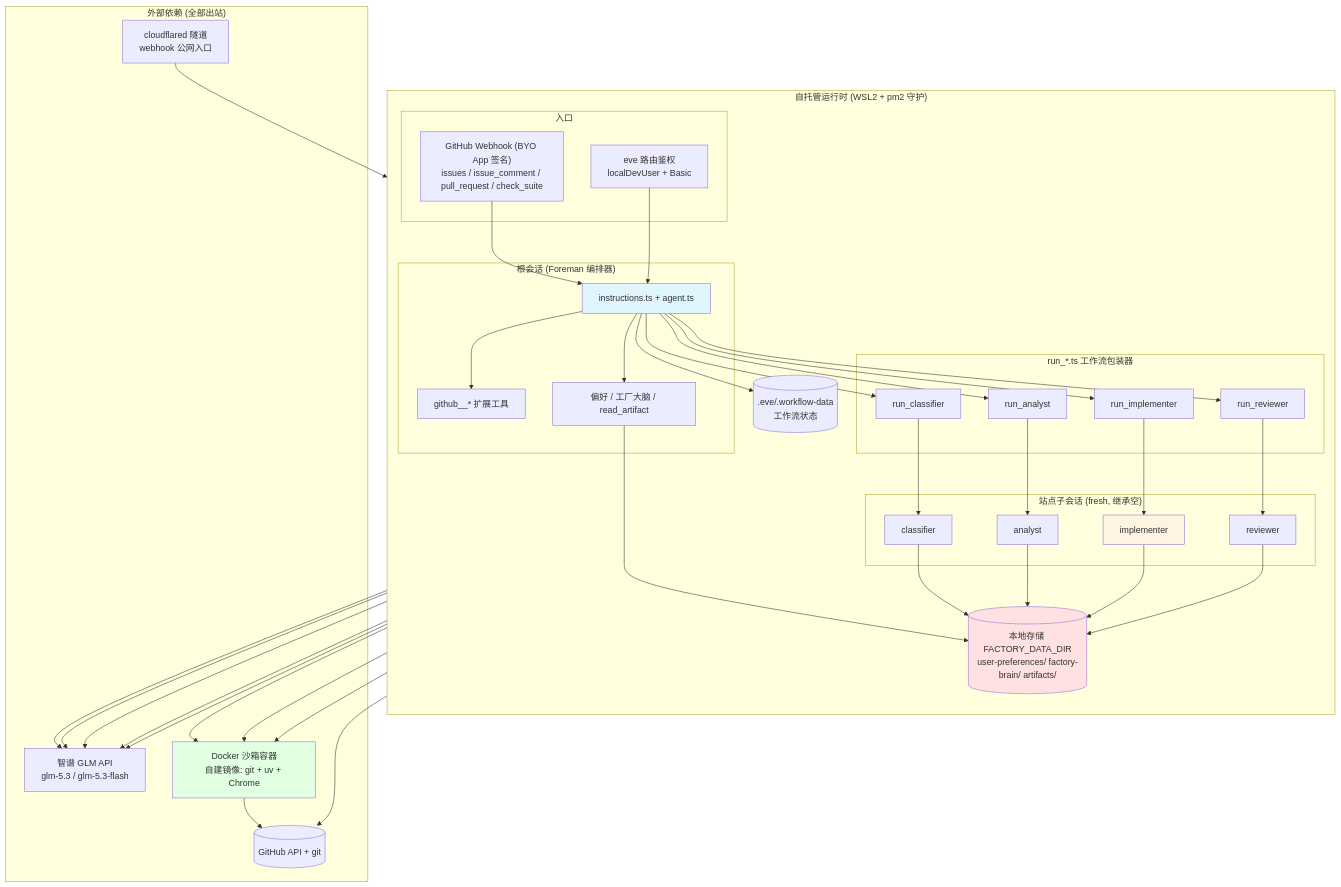
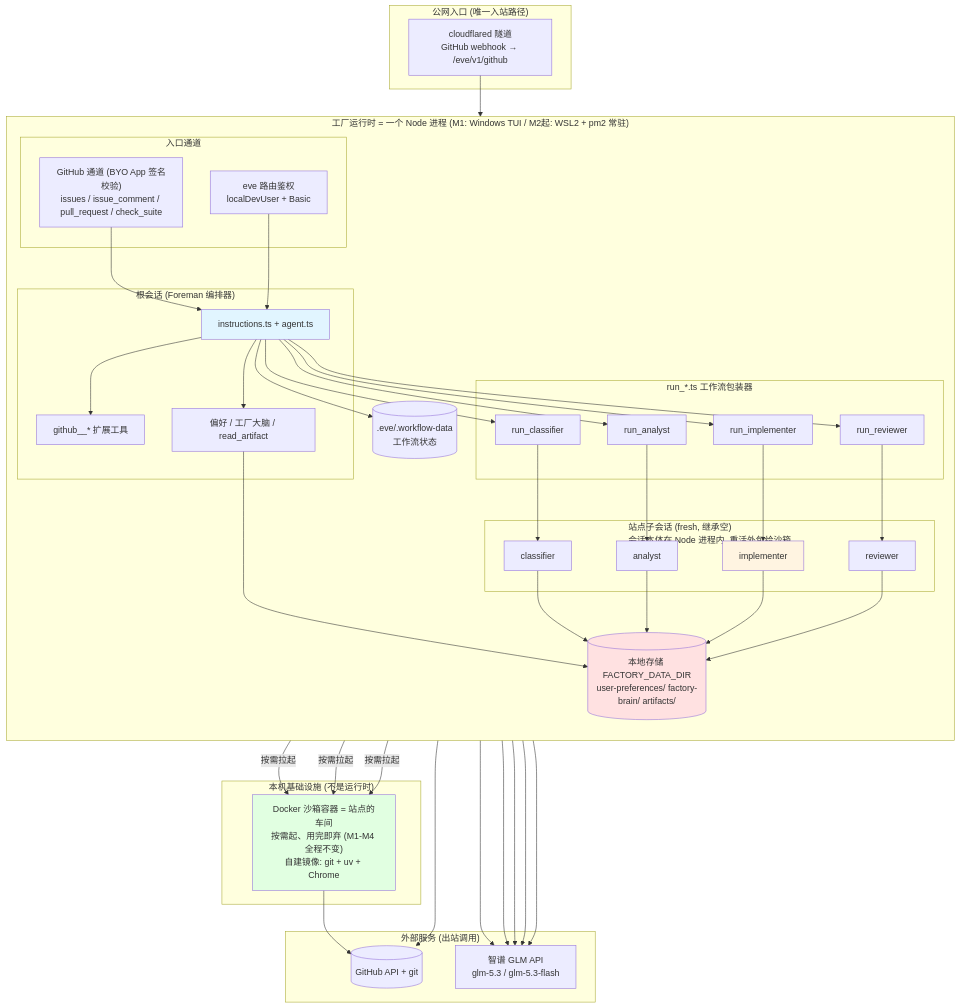
The first of 2 diagrams in docs/architecture.md (zjordon/eve-software-factory-template), drawn with Mermaid before and after one commit. The commit also changed other lines of this file, not shown here.

Commit message:
docs: 架构图标注运行时与沙箱的分工(进程住所随 M1/M2 变,车间不变;Docker 沙箱移出外部依赖组)

````diff
--- a/docs/architecture.md
+++ b/docs/architecture.md
@@ -94,56 +94,62 @@
 ```mermaid
 graph TD
-    subgraph Host["自托管运行时 (WSL2 + pm2 守护)"]
+    subgraph Edge["公网入口 (唯一入站路径)"]
+        TUNNEL["cloudflared 隧道<br/>GitHub webhook → /eve/v1/github"]
+    end
+
+    subgraph Host["工厂运行时 = 一个 Node 进程 (M1: Windows TUI / M2起: WSL2 + pm2 常驻)"]
         direction TB
-        subgraph Channels["入口"]
-            GH["GitHub Webhook (BYO App 签名)<br/>issues / issue_comment / pull_request / check_suite"]
+        subgraph Channels["入口通道"]
+            GH["GitHub 通道 (BYO App 签名校验)<br/>issues / issue_comment / pull_request / check_suite"]
             EV["eve 路由鉴权<br/>localDevUser + Basic"]
         end
         subgraph Root["根会话 (Foreman 编排器)"]
             ORCH["instructions.ts + agent.ts"]
             EXT["github__* 扩展工具"]
             PREF["偏好 / 工厂大脑 / read_artifact"]
         end
         subgraph Wrappers["run_*.ts 工作流包装器"]
             W1["run_classifier"]
             W3["run_analyst"]
             W4["run_implementer"]
             W5["run_reviewer"]
         end
-        subgraph Stations["站点子会话 (fresh, 继承空)"]
+        subgraph Stations["站点子会话 (fresh, 继承空)<br/>会话本体在 Node 进程内, 重活外包给沙箱"]
             S1["classifier"]
             S3["analyst"]
             S4["implementer"]
             S5["reviewer"]
         end
         STORE[("本地存储 FACTORY_DATA_DIR<br/>user-preferences/ factory-brain/ artifacts/")]
         WF[(".eve/.workflow-data<br/>工作流状态")]
     end
 
-    subgraph External["外部依赖 (全部出站)"]
-        TUNNEL["cloudflared 隧道<br/>webhook 公网入口"]
+    subgraph LocalBox["本机基础设施 (不是运行时)"]
+        DSBX["Docker 沙箱容器 = 站点的车间<br/>按需起、用完即弃 (M1-M4 全程不变)<br/>自建镜像: git + uv + Chrome"]
+    end
+
+    subgraph External["外部服务 (出站调用)"]
         GITHUB[("GitHub API + git")]
         ZHIPU["智谱 GLM API<br/>glm-5.3 / glm-5.3-flash"]
-        DSBX["Docker 沙箱容器<br/>自建镜像: git + uv + Chrome"]
     end
 
     TUNNEL --> GH
     GH --> ORCH
     EV --> ORCH
     ORCH --> EXT & PREF
     ORCH --> W1 --> S1
     ORCH --> W3 --> S3
     ORCH --> W4 --> S4
     ORCH --> W5 --> S5
-    S3 & S4 & S5 --> DSBX
+    S3 & S4 & S5 -->|"按需拉起"| DSBX
     DSBX --> GITHUB
     EXT --> GITHUB
     PREF & S1 & S3 & S4 & S5 --> STORE
     ORCH --> WF
     ORCH & S1 & S3 & S4 & S5 --> ZHIPU
 
     style ORCH fill:#e1f5ff
     style S4 fill:#fff4e1
     style STORE fill:#ffe1e1
     style DSBX fill:#e1ffe1
 ```
````
